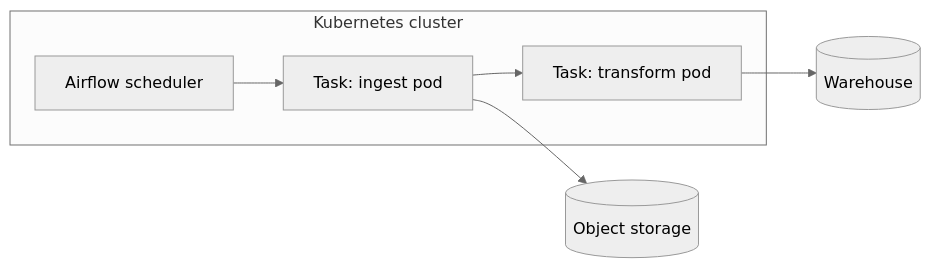
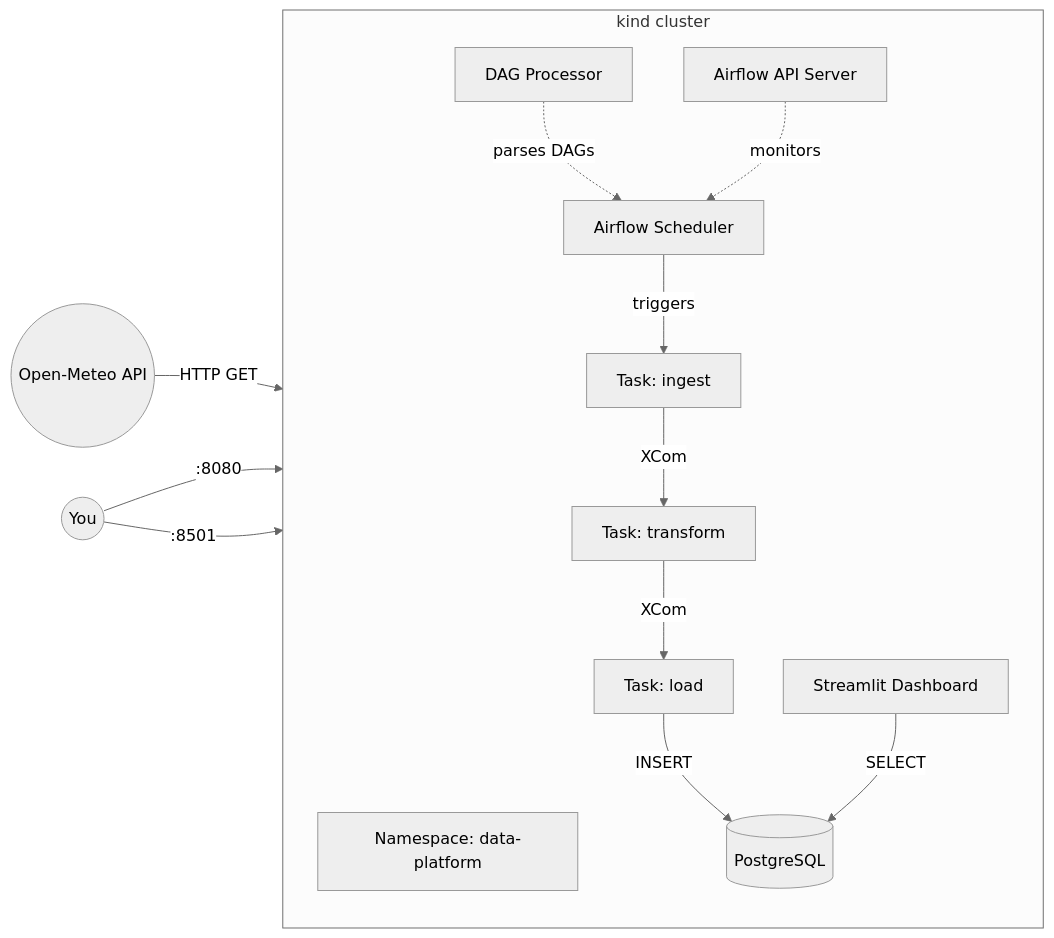
The first of 2 diagrams in docs/architecture.md (mohammed-taha-el-ahmar/k8s-airflow-data-platform), drawn with Mermaid (neutral theme) before and after one commit. The commit also changed other lines of this file and 16 other files, not shown here.

````diff
--- a/docs/architecture.md
+++ b/docs/architecture.md
@@ -3,9 +5,17 @@
 ```mermaid
 flowchart LR
-    subgraph Kubernetes cluster
-        S[Airflow scheduler] --> T1[Task: ingest pod]
-        T1 --> T2[Task: transform pod]
+    subgraph kind cluster
+        direction TB
+        NS["Namespace: data-platform"]
+        S[Airflow Scheduler] -->|triggers| T1[Task: ingest]
+        T1 -->|XCom| T2[Task: transform]
+        T2 -->|XCom| T3[Task: load]
+        DP[DAG Processor] -.->|parses DAGs| S
+        AS[Airflow API Server] -.->|monitors| S
+        T3 -->|INSERT| PG[(PostgreSQL)]
+        DASH[Streamlit Dashboard] -->|SELECT| PG
     end
-    T1 --> O[(Object storage)]
-    T2 --> W[(Warehouse)]
+    API((Open-Meteo API)) -->|HTTP GET| T1
+    User((You)) -->|:8080| AS
+    User -->|:8501| DASH
 ```
````
